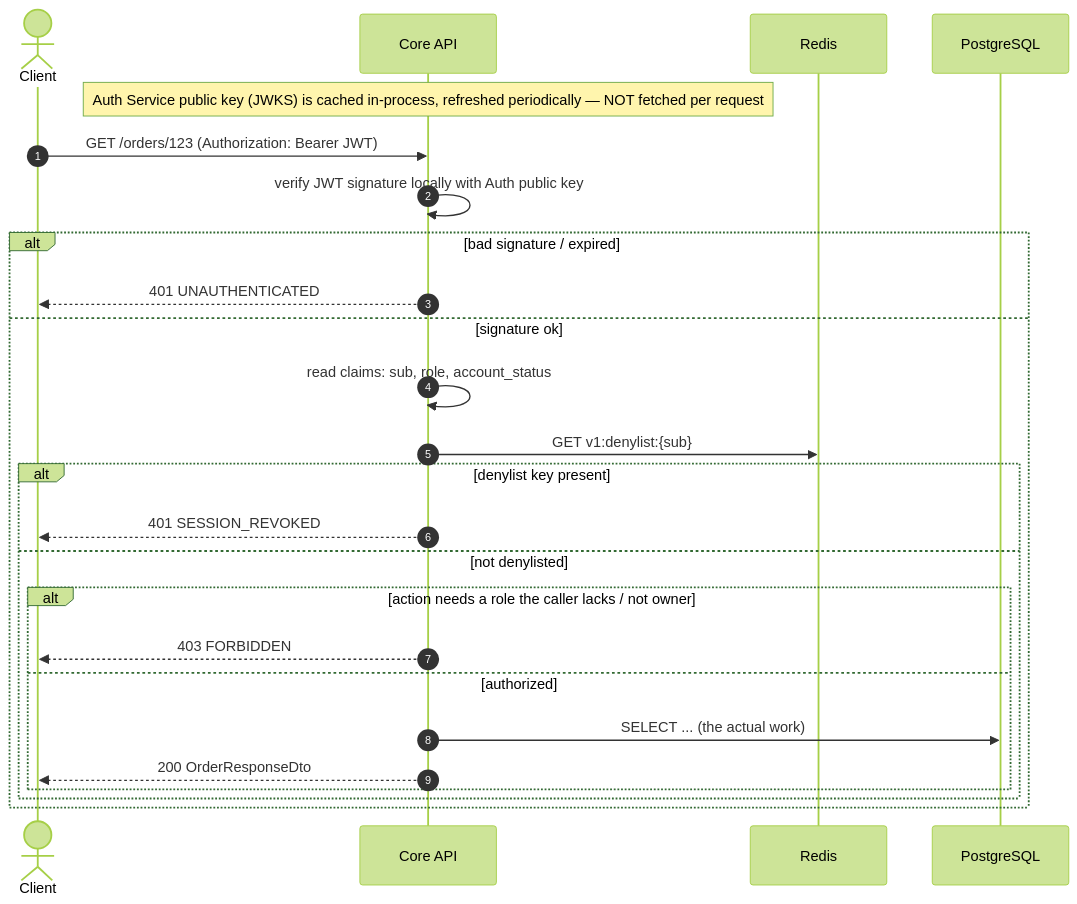
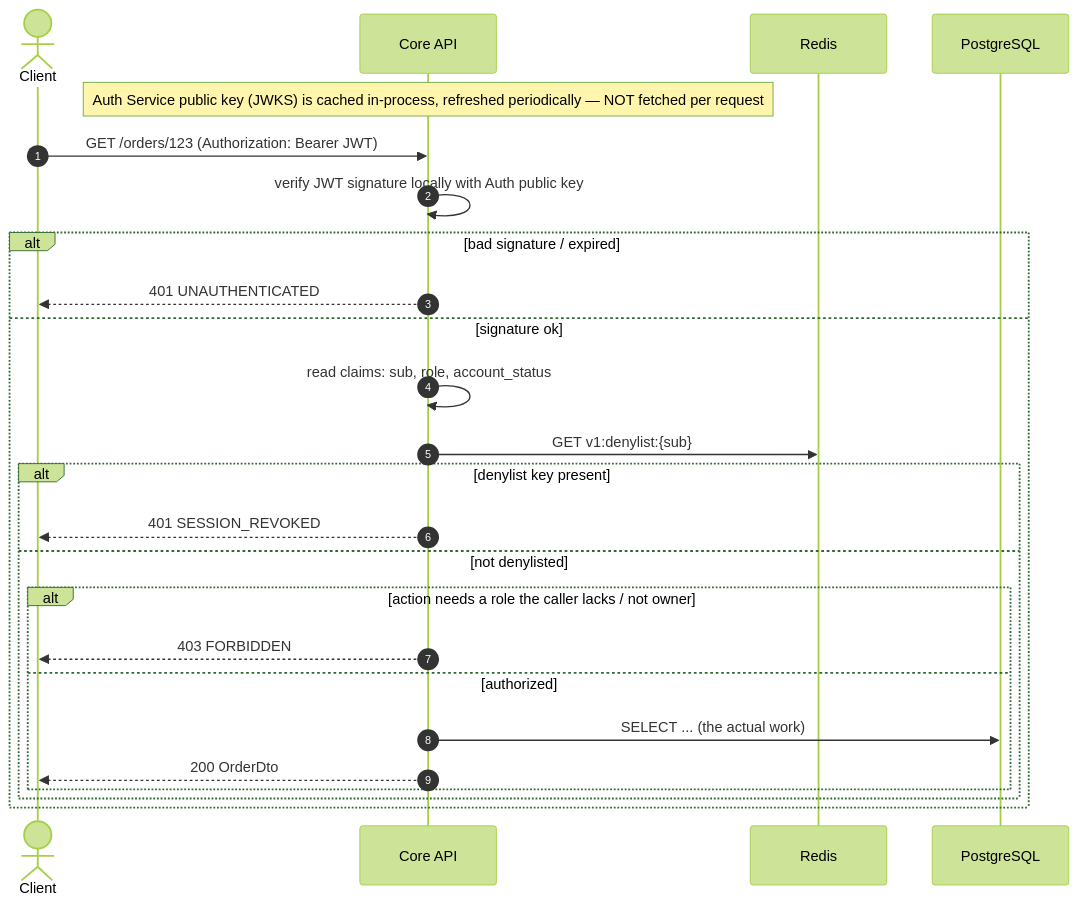
The third of 14 diagrams in docs/10 - Sequence Diagrams.md (Iarylkin/proFinder_backend), drawn with Mermaid (forest theme) before and after one commit. The commit also changed other lines of this file and 9 other files, not shown here.

````diff
--- a/docs/10 - Sequence Diagrams.md
+++ b/docs/10 - Sequence Diagrams.md
@@ -114,29 +114,29 @@
 ```mermaid
 sequenceDiagram
     autonumber
     actor U as Client
     participant Core as Core API
     participant Redis
     participant PG as PostgreSQL
 
     Note over Core: Auth Service public key (JWKS) is cached in-process, refreshed periodically — NOT fetched per request
 
     U->>Core: GET /orders/123  (Authorization: Bearer JWT)
     Core->>Core: verify JWT signature locally with Auth public key
     alt bad signature / expired
         Core-->>U: 401 UNAUTHENTICATED
     else signature ok
         Core->>Core: read claims: sub, role, account_status
         Core->>Redis: GET v1:denylist:{sub}
         alt denylist key present
             Core-->>U: 401 SESSION_REVOKED
         else not denylisted
             alt action needs a role the caller lacks / not owner
                 Core-->>U: 403 FORBIDDEN
             else authorized
                 Core->>PG: SELECT ... (the actual work)
-                Core-->>U: 200 OrderResponseDto
+                Core-->>U: 200 OrderDto
             end
         end
     end
 ```
````
